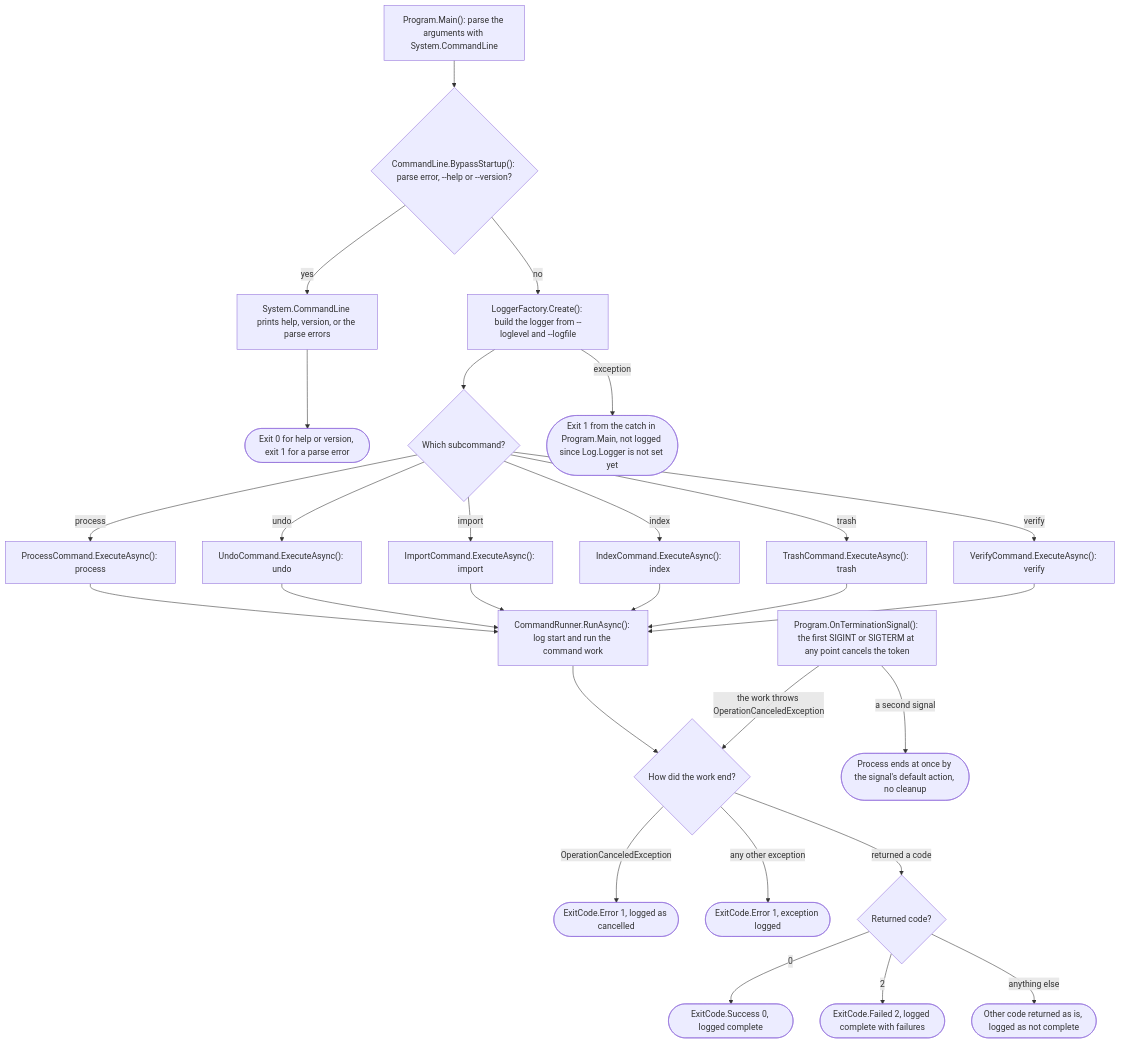
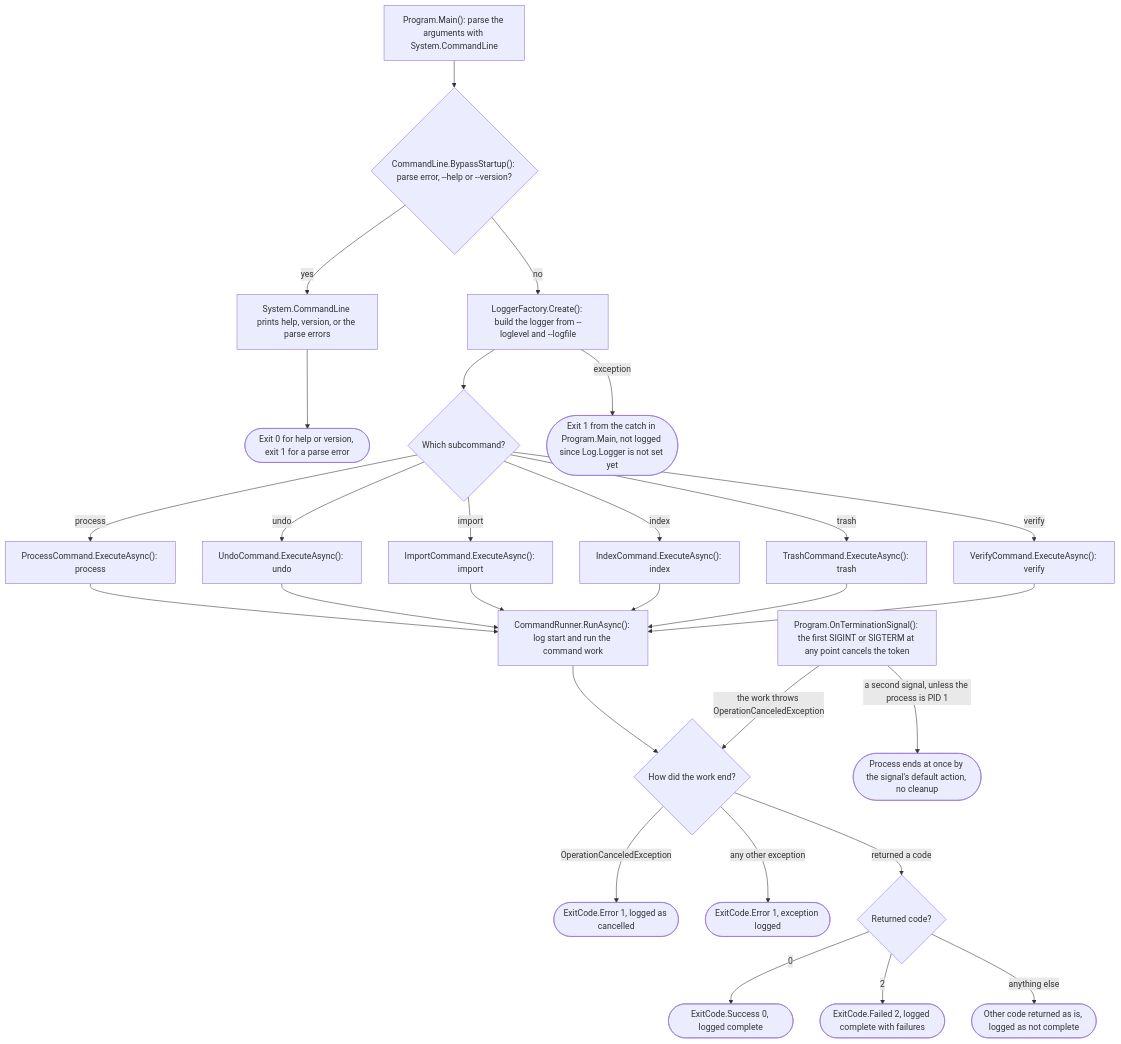
The first of 23 diagrams in ARCHITECTURE.md (ptr727/PhotoCleaner), drawn with Mermaid before and after one commit. The commit also changed other lines of this file, not shown here.

Commit message:
Note That a Second Signal Cannot End the Process as PID 1
Run as PID 1, as the container image runs it, the kernel drops a
signal's default action. So there a second signal does not end a hung
cancel path, and only the SIGKILL that docker stop sends does.

````diff
--- a/ARCHITECTURE.md
+++ b/ARCHITECTURE.md
@@ -118,54 +118,54 @@
 ```mermaid
 flowchart TD
   main["Program.Main(): parse the arguments with System.CommandLine"]
   bypass{"CommandLine.BypassStartup(): parse error, --help or --version?"}
   scl["System.CommandLine prints help, version, or the parse errors"]
   sclEnd(["Exit 0 for help or version, exit 1 for a parse error"])
   logger["LoggerFactory.Create(): build the logger from --loglevel and --logfile"]
   dispatch{"Which subcommand?"}
   process["ProcessCommand.ExecuteAsync(): process"]
   undo["UndoCommand.ExecuteAsync(): undo"]
   import["ImportCommand.ExecuteAsync(): import"]
   index["IndexCommand.ExecuteAsync(): index"]
   trash["TrashCommand.ExecuteAsync(): trash"]
   verify["VerifyCommand.ExecuteAsync(): verify"]
   runner["CommandRunner.RunAsync(): log start and run the command work"]
   how{"How did the work end?"}
   cancelled(["ExitCode.Error 1, logged as cancelled"])
   thrown(["ExitCode.Error 1, exception logged"])
   code{"Returned code?"}
   ok(["ExitCode.Success 0, logged complete"])
   failed(["ExitCode.Failed 2, logged complete with failures"])
   other(["Other code returned as is, logged as not complete"])
   mainCatch(["Exit 1 from the catch in Program.Main, not logged since Log.Logger is not set yet"])
   signal["Program.OnTerminationSignal(): the first SIGINT or SIGTERM at any point cancels the token"]
   killed(["Process ends at once by the signal's default action, no cleanup"])
 
   main --> bypass
   bypass -->|"yes"| scl --> sclEnd
   bypass -->|"no"| logger
   logger -->|"exception"| mainCatch
   logger --> dispatch
   dispatch -->|"process"| process
   dispatch -->|"undo"| undo
   dispatch -->|"import"| import
   dispatch -->|"index"| index
   dispatch -->|"trash"| trash
   dispatch -->|"verify"| verify
   process --> runner
   undo --> runner
   import --> runner
   index --> runner
   trash --> runner
   verify --> runner
   runner --> how
   how -->|"OperationCanceledException"| cancelled
   how -->|"any other exception"| thrown
   how -->|"returned a code"| code
   code -->|"0"| ok
   code -->|"2"| failed
   code -->|"anything else"| other
   signal -->|"the work throws OperationCanceledException"| how
-  signal -->|"a second signal"| killed
+  signal -->|"a second signal, unless the process is PID 1"| killed
   classDef suspect stroke:#c00,stroke-width:2px,stroke-dasharray:5 3
 ```
````
